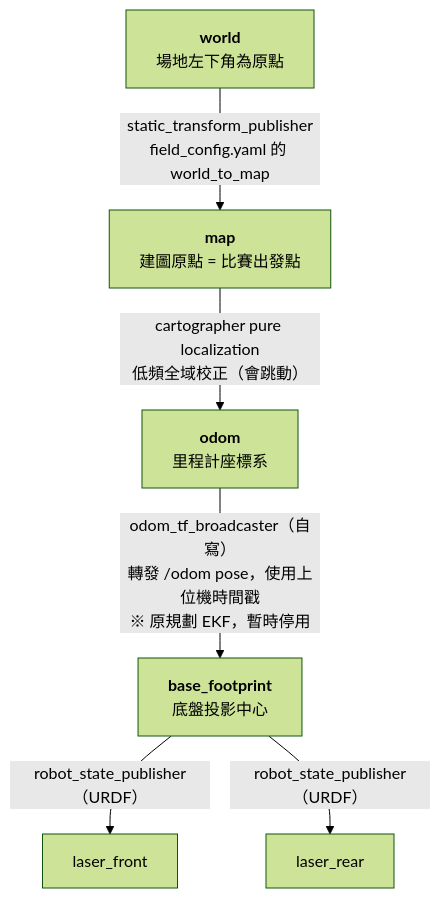
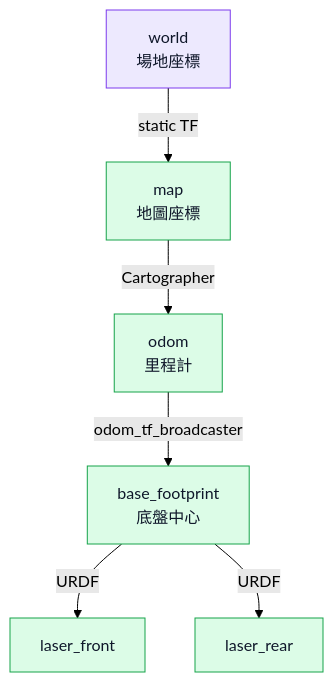
One commit to terryking0711/tdk_slam_ws changed the fifth of 6 diagrams in README.md. Above: the diagram before and after it, drawn with Mermaid (forest theme). The commit also changed other lines of this file, not shown here.

````diff
--- a/README.md
+++ b/README.md
@@ -339,15 +324,20 @@
 ```mermaid
-flowchart TD
-    world["<b>world</b><br>場地左下角為原點"]
-    map["<b>map</b><br>建圖原點 = 比賽出發點"]
-    odom["<b>odom</b><br>里程計座標系"]
-    base["<b>base_footprint</b><br>底盤投影中心"]
+flowchart TB
+    world["world<br/>場地座標"]
+    map["map<br/>地圖座標"]
+    odom["odom<br/>里程計"]
+    base["base_footprint<br/>底盤中心"]
     lf["laser_front"]
     lr["laser_rear"]
 
-    world -->|"static_transform_publisher<br>field_config.yaml 的 world_to_map"| map
-    map -->|"cartographer pure localization<br>低頻全域校正（會跳動）"| odom
-    odom -->|"odom_tf_broadcaster（自寫）<br>轉發 /odom pose，使用上位機時間戳<br>※ 原規劃 EKF，暫時停用"| base
-    base -->|"robot_state_publisher（URDF）"| lf
-    base -->|"robot_state_publisher（URDF）"| lr
+    world -->|static TF| map
+    map -->|Cartographer| odom
+    odom -->|odom_tf_broadcaster| base
+    base -->|URDF| lf
+    base -->|URDF| lr
+
+    classDef ours fill:#dcfce7,stroke:#16a34a,color:#0f172a
+    classDef data fill:#ede9fe,stroke:#7c3aed,color:#0f172a
+    class map,odom,base,lf,lr ours
+    class world data
 ```
````
